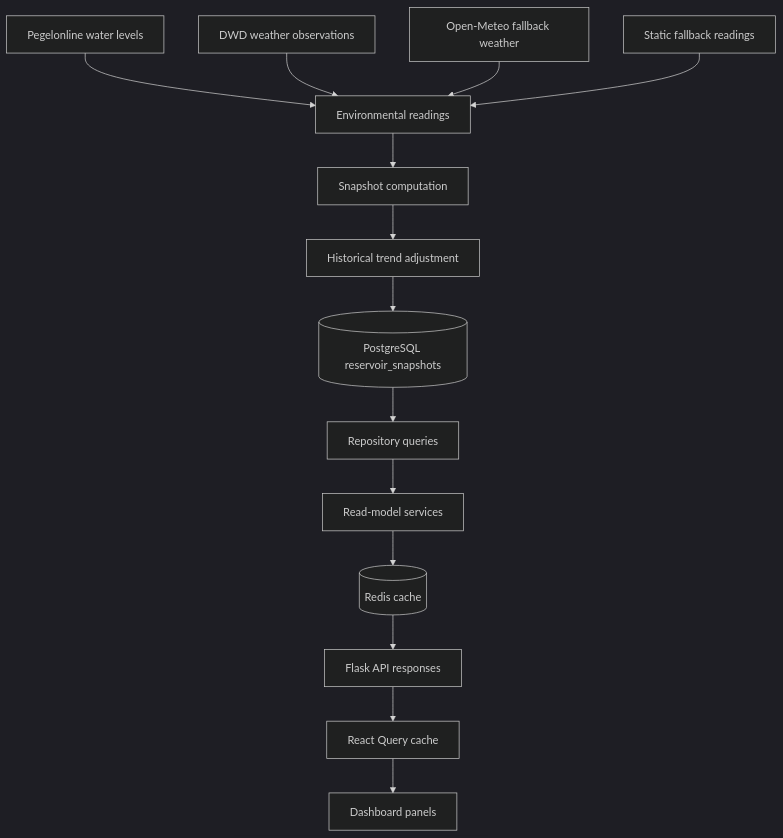
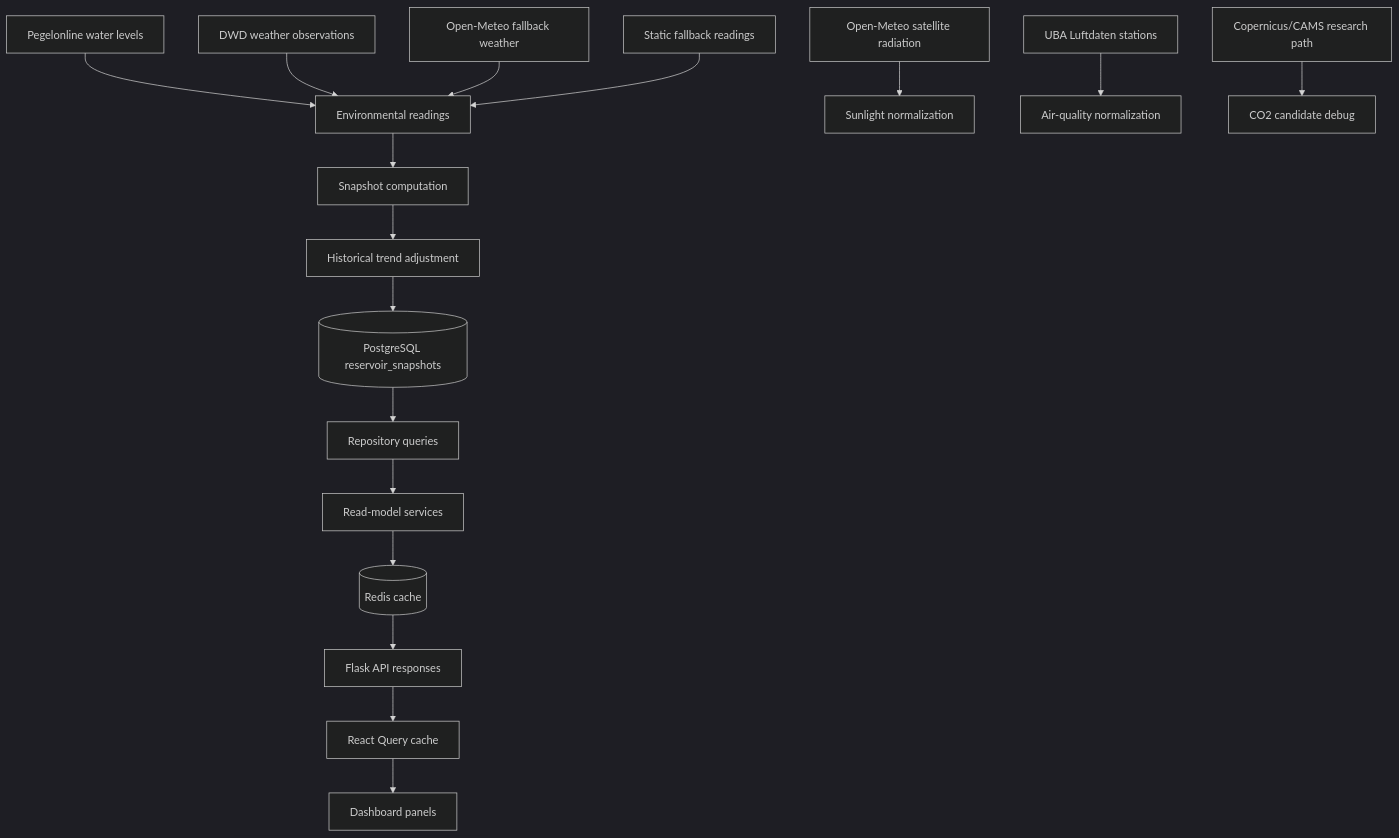
Before and after one commit to kabaskill/droplet: the first of 4 diagrams in docs/dataflow.md, drawn with Mermaid (dark theme). The commit also changed other lines of this file and 3 other files, not shown here.

````diff
--- a/docs/dataflow.md
+++ b/docs/dataflow.md
@@ -7,16 +9,19 @@
 ```mermaid
 flowchart TD
   A[Pegelonline water levels] --> D[Environmental readings]
   B[DWD weather observations] --> D
   C[Open-Meteo fallback weather] --> D
+  S[Open-Meteo satellite radiation] --> SD[Sunlight normalization]
+  AQ[UBA Luftdaten stations] --> AD[Air-quality normalization]
+  C2[Copernicus/CAMS research path] --> CD[CO2 candidate debug]
   F[Static fallback readings] --> D
   D --> E[Snapshot computation]
   E --> G[Historical trend adjustment]
   G --> H[(PostgreSQL reservoir_snapshots)]
   H --> I[Repository queries]
   I --> J[Read-model services]
   J --> K[(Redis cache)]
   K --> L[Flask API responses]
   L --> M[React Query cache]
   M --> N[Dashboard panels]
 ```
````
